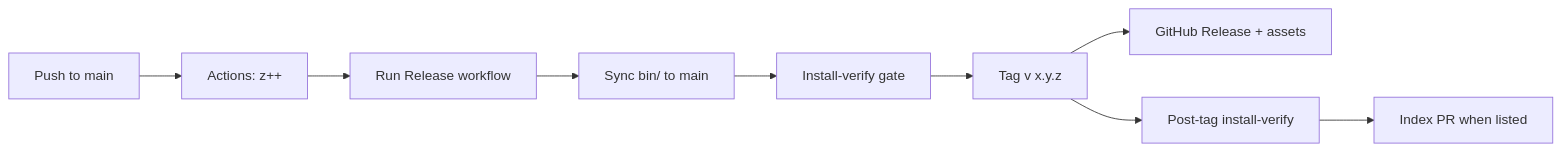
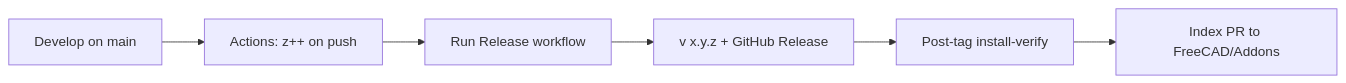
The second of 2 diagrams in DEVELOPMENT.md (CREATeNG/freecad-mcp-bridge), drawn with Mermaid before and after one commit. The commit also changed other lines of this file, not shown here.

Commit message:
Document Release orchestrator diagram and planned Index PR step [skip version]

````diff
--- a/DEVELOPMENT.md
+++ b/DEVELOPMENT.md
@@ -79,11 +99,8 @@
 ```mermaid
 flowchart LR
-  push[Push to main] --> bump[Actions: z++]
-  bump --> release[Run Release workflow]
-  release --> bins[Sync bin/ to main]
-  bins --> verify[Install-verify gate]
-  verify --> tag[Tag v x.y.z]
-  tag --> ghrel[GitHub Release + assets]
-  tag --> postverify[Post-tag install-verify]
-  postverify --> index[Index PR when listed]
+  dev[Develop on main] --> bump[Actions: z++ on push]
+  bump --> dispatch[Run Release workflow]
+  dispatch --> shipped[v x.y.z + GitHub Release]
+  shipped --> postverify[Post-tag install-verify]
+  postverify --> index[Index PR to FreeCAD/Addons]
 ```
````
